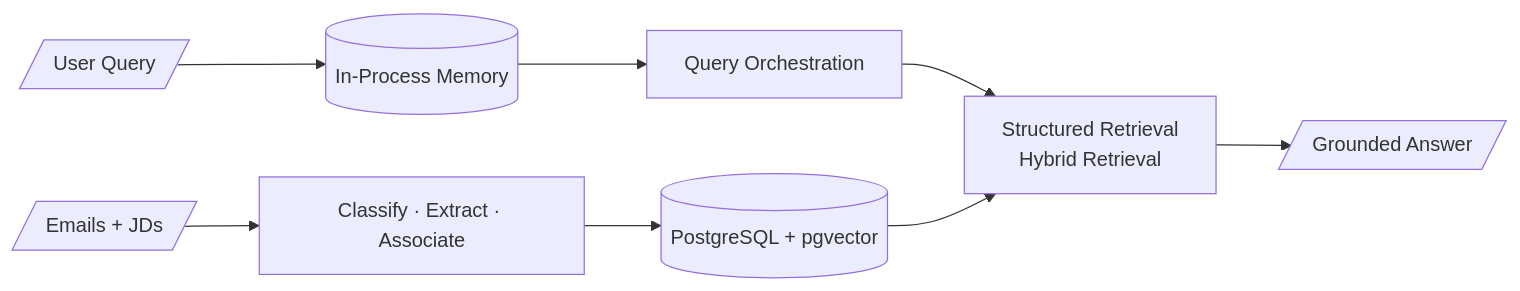
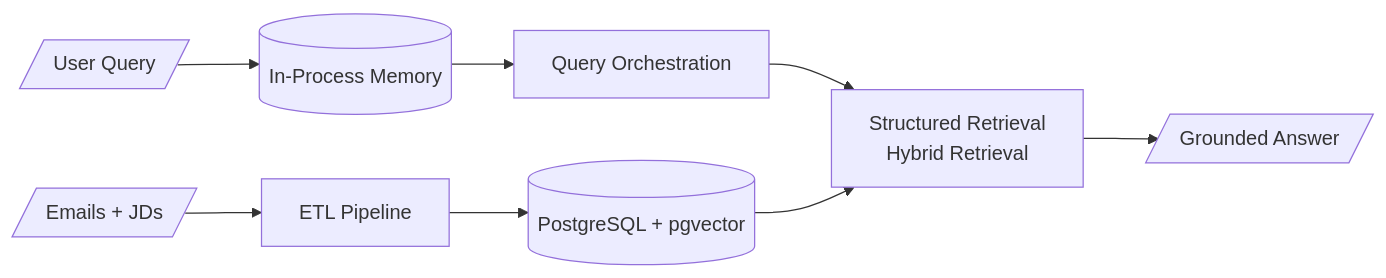
Before and after one commit to Kaichao-Zheng/Heard-Back-Yet: the diagram in README.md, drawn with Mermaid. The commit also changed other lines of this file, not shown here.

Commit message:
docs(readme): refine project overview and architecture navigation

````diff
--- a/README.md
+++ b/README.md
@@ -14,17 +17,23 @@
 ```mermaid
 flowchart LR
     QUERY[/"User Query"/]
     MEMORY[("In-Process Memory")]
     ORCH["Query Orchestration"]
 
     DATA[/"Emails + JDs"/]
-    ETL["Classify · Extract · Associate"]
+    ETL["ETL Pipeline"]
     DB[("PostgreSQL + pgvector")]
 
     RETRIEVE["Structured Retrieval<br/>Hybrid Retrieval"]
     RESPONSE[/"Grounded Answer"/]
 
     QUERY --> MEMORY --> ORCH --> RETRIEVE
     DATA --> ETL --> DB --> RETRIEVE
     RETRIEVE --> RESPONSE
+
+    click QUERY href "https://github.com/Kaichao-Zheng/Heard-Back-Yet/blob/main/docs/sample_queries.md" "sample_queries.md" _self
+    click ORCH href "https://github.com/Kaichao-Zheng/Heard-Back-Yet/blob/main/docs/query_orchestration_sequence.md" "query_orchestration_sequence.md" _self
+    click ETL href "https://github.com/Kaichao-Zheng/Heard-Back-Yet/blob/main/docs/etl_pipeline.md" "etl_pipeline.md" _self
+    click DB href "https://github.com/Kaichao-Zheng/Heard-Back-Yet/blob/main/docs/logical_schema.md" "logical_schema.md" _self
+    click RETRIEVE href "https://github.com/Kaichao-Zheng/Heard-Back-Yet/blob/main/docs/rag_query_pipeline.md" "rag_query_pipeline.md" _self
 ```
````
